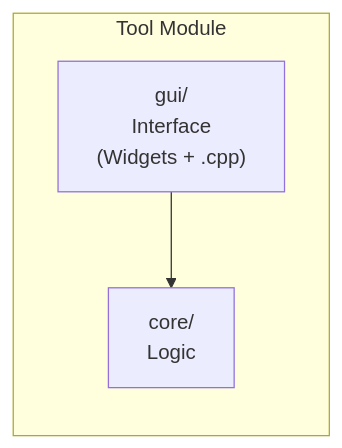
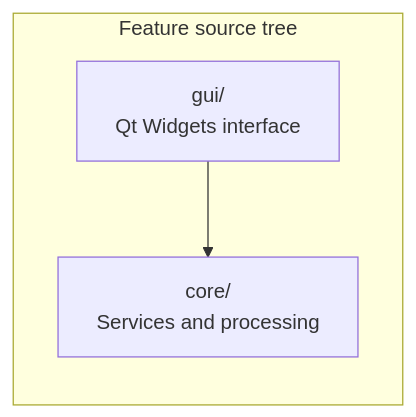
The third of 9 diagrams in docs/development/architecture.md (LotusAndCompany/devtools), drawn with Mermaid before and after one commit. The commit also changed other lines of this file and 129 other files, not shown here.

Commit message:
refactor: separate feature processing from UI (#139)

````diff
--- a/docs/development/architecture.md
+++ b/docs/development/architecture.md
@@ -111,8 +113,8 @@
 ```mermaid
 flowchart LR
-    subgraph module["Tool Module"]
-        core_layer["core/<br/>Logic"]
-        gui_layer["gui/<br/>Interface<br/>(Widgets + .cpp)"]
+    subgraph module["Feature source tree"]
+        core_layer["core/<br/>Services and processing"]
+        gui_layer["gui/<br/>Qt Widgets interface"]
     end
     gui_layer --> core_layer
 ```
````
